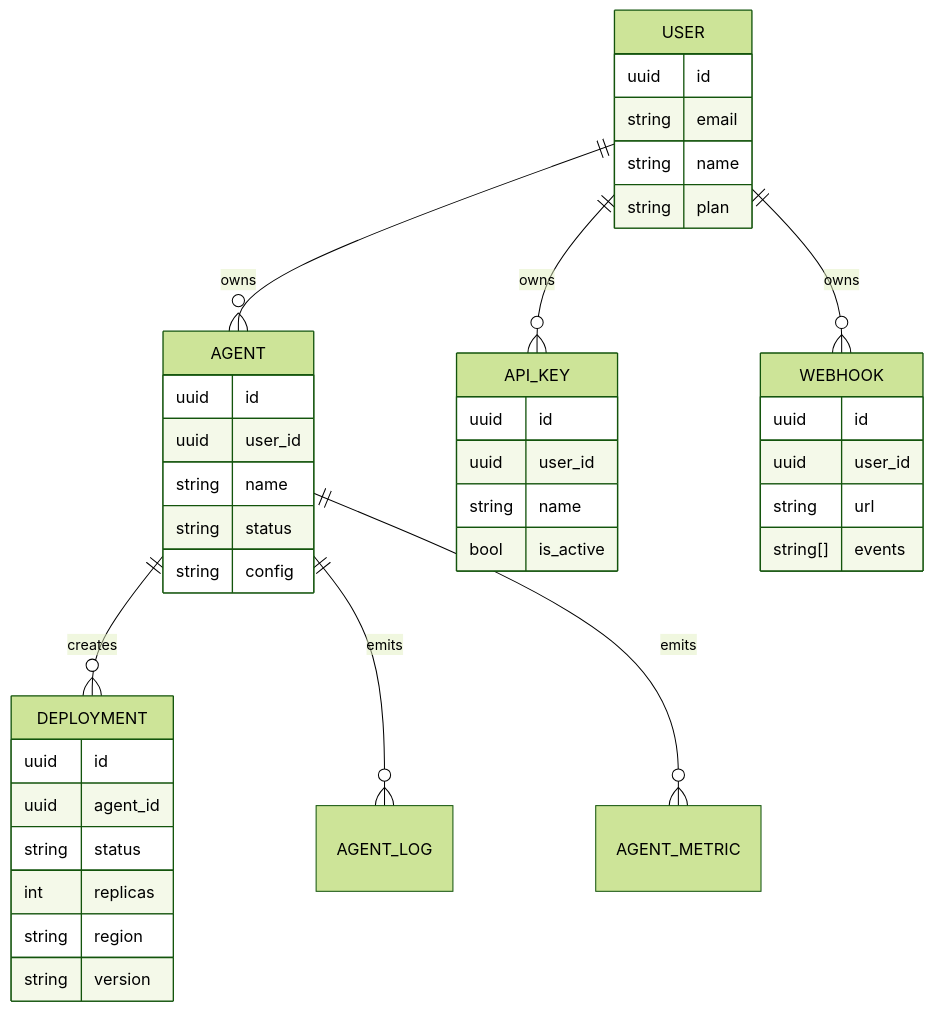
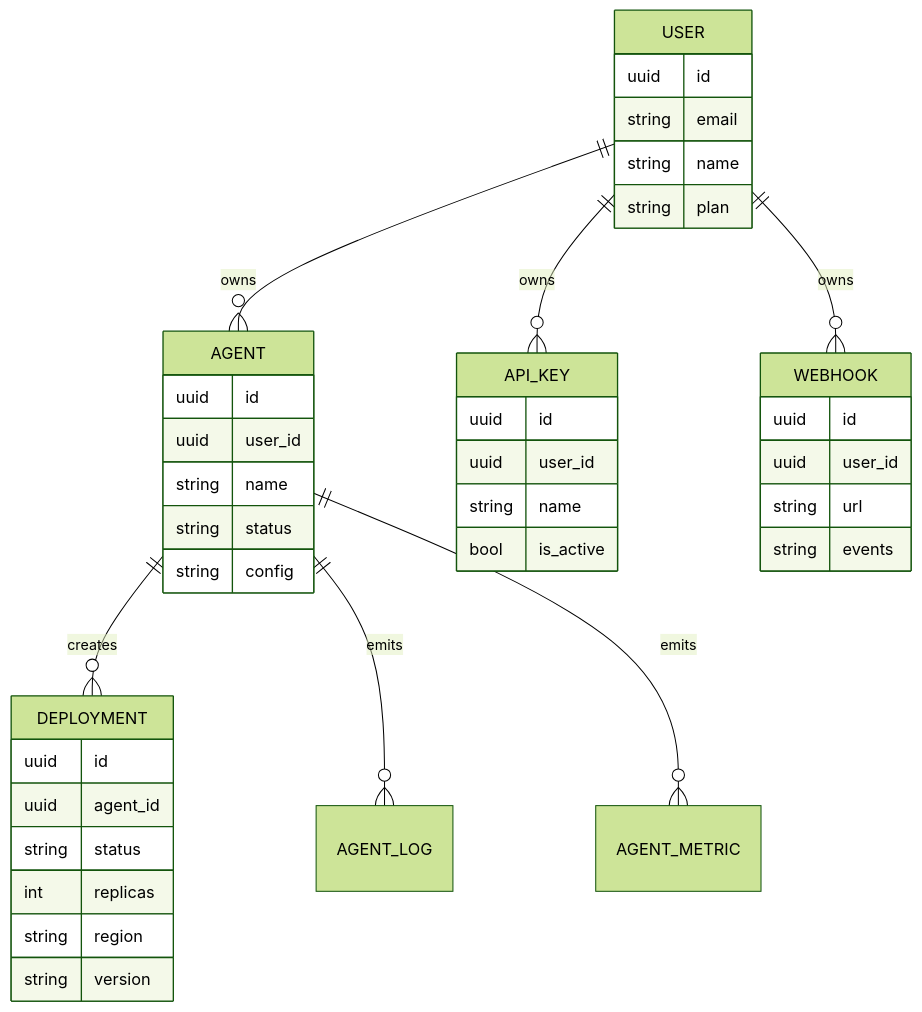
The third of 6 diagrams in WHITEPAPER.md (mutx-dev/mutx-dev), drawn with Mermaid (forest theme) before and after one commit. The commit also changed other lines of this file, not shown here.

Commit message:
docs: fix whitepaper mermaid rendering

````diff
--- a/WHITEPAPER.md
+++ b/WHITEPAPER.md
@@ -168,42 +176,42 @@
 ```mermaid
 erDiagram
     USER ||--o{ AGENT : owns
     USER ||--o{ API_KEY : owns
     USER ||--o{ WEBHOOK : owns
     AGENT ||--o{ DEPLOYMENT : creates
     AGENT ||--o{ AGENT_LOG : emits
     AGENT ||--o{ AGENT_METRIC : emits
     USER {
         uuid id
         string email
         string name
         string plan
     }
     AGENT {
         uuid id
         uuid user_id
         string name
         string status
         string config
     }
     DEPLOYMENT {
         uuid id
         uuid agent_id
         string status
         int replicas
         string region
         string version
     }
     API_KEY {
         uuid id
         uuid user_id
         string name
         bool is_active
     }
     WEBHOOK {
         uuid id
         uuid user_id
         string url
-        string[] events
+        string events
     }
 ```
````
